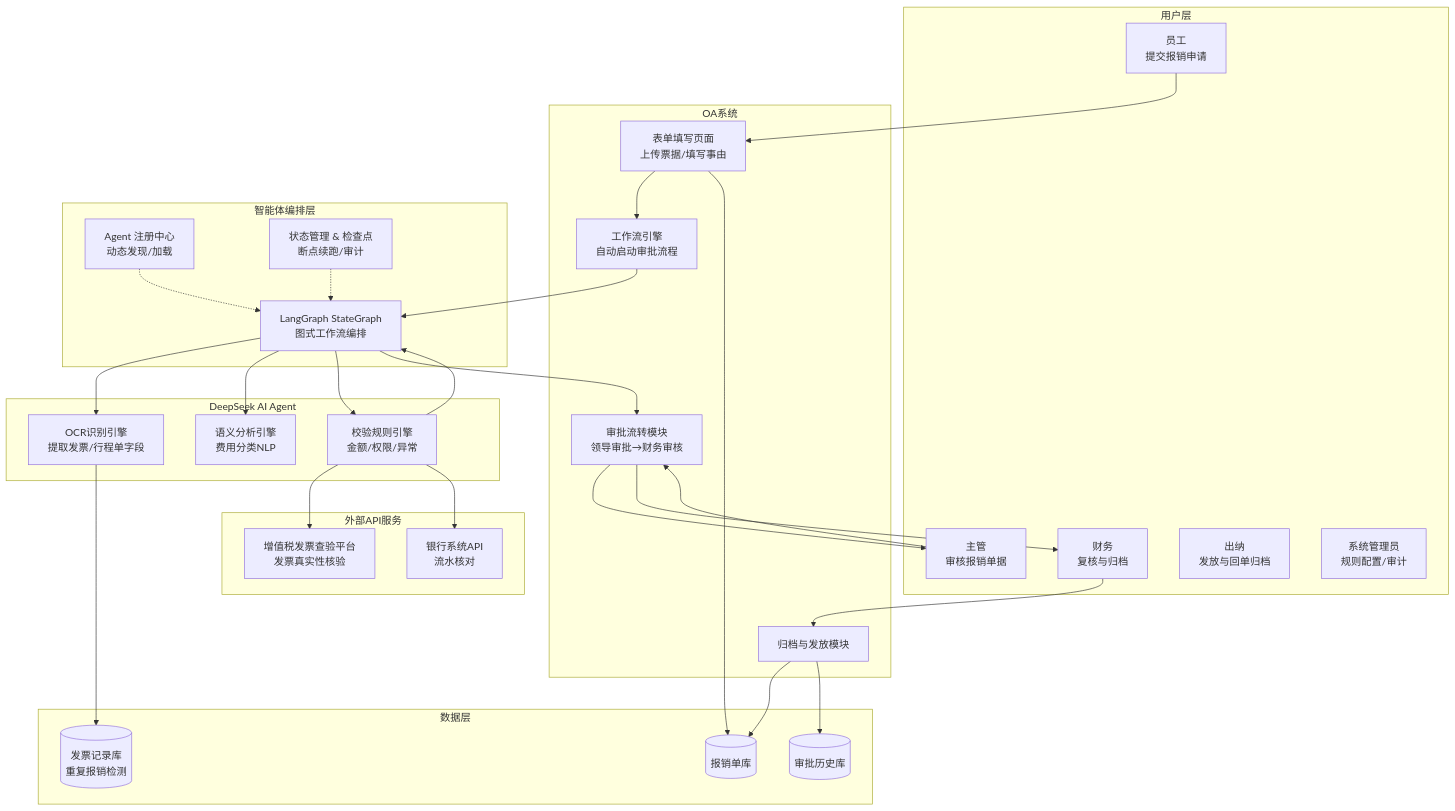
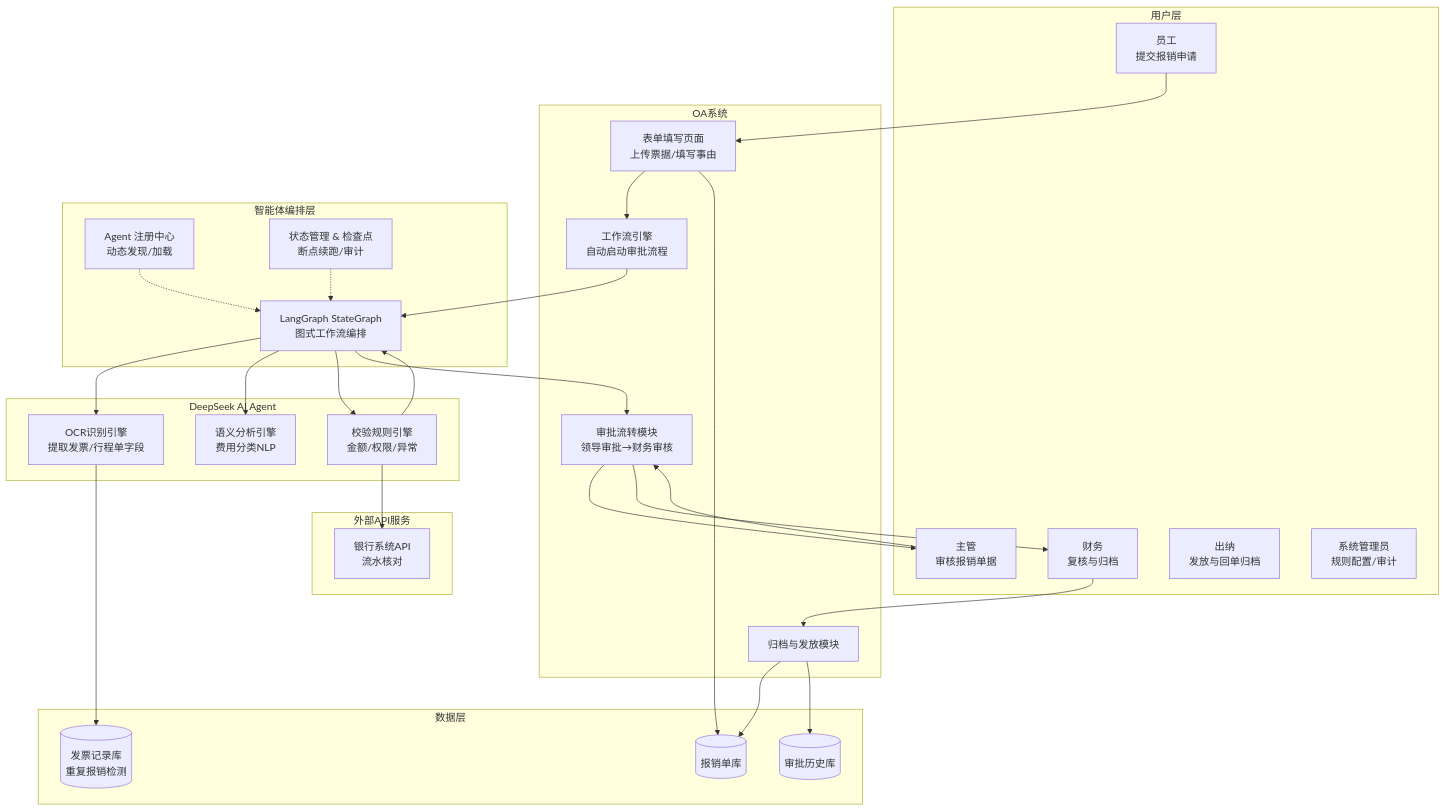
One commit to nickluo2026/OA-Reimbursement-AIAgent changed the first of 5 diagrams in docs/design.md. Above: the diagram before and after it, drawn with Mermaid. The commit also changed other lines of this file and 49 other files, not shown here.

````diff
--- a/docs/design.md
+++ b/docs/design.md
@@ -19,61 +19,59 @@
 ```mermaid
 graph TB
     subgraph 用户层
         A1[员工<br/>提交报销申请]
         A2[主管<br/>审核报销单据]
         A3[财务<br/>复核与归档]
         A3b[出纳<br/>发放与回单归档]
         A4[系统管理员<br/>规则配置/审计]
     end
 
     subgraph OA系统
         B1[表单填写页面<br/>上传票据/填写事由]
         B2[工作流引擎<br/>自动启动审批流程]
         B3[审批流转模块<br/>领导审批→财务审核]
         B4[归档与发放模块]
     end
 
     subgraph 智能体编排层
         O1[LangGraph StateGraph<br/>图式工作流编排]
         O2[Agent 注册中心<br/>动态发现/加载]
         O3[状态管理 & 检查点<br/>断点续跑/审计]
     end
 
     subgraph DeepSeek AI Agent
         C1[OCR识别引擎<br/>提取发票/行程单字段]
         C2[语义分析引擎<br/>费用分类NLP]
         C3[校验规则引擎<br/>金额/权限/异常]
     end
 
     subgraph 外部API服务
-        D1[增值税发票查验平台<br/>发票真实性核验]
         D2[银行系统API<br/>流水核对]
     end
 
     subgraph 数据层
         E1[(报销单库)]
         E2[(发票记录库<br/>重复报销检测)]
         E3[(审批历史库)]
     end
 
     A1 --> B1
     B1 --> B2
     B2 --> O1
     O1 --> C1
     O1 --> C2
     O1 --> C3
     O2 -.-> O1
     O3 -.-> O1
-    C3 --> D1
     C3 --> D2
     C3 --> O1
     O1 --> B3
     B3 --> A2
     A2 --> B3
     B3 --> A3
     A3 --> B4
     B4 --> E1
     B4 --> E3
     C1 --> E2
     B1 --> E1
 ```
````
